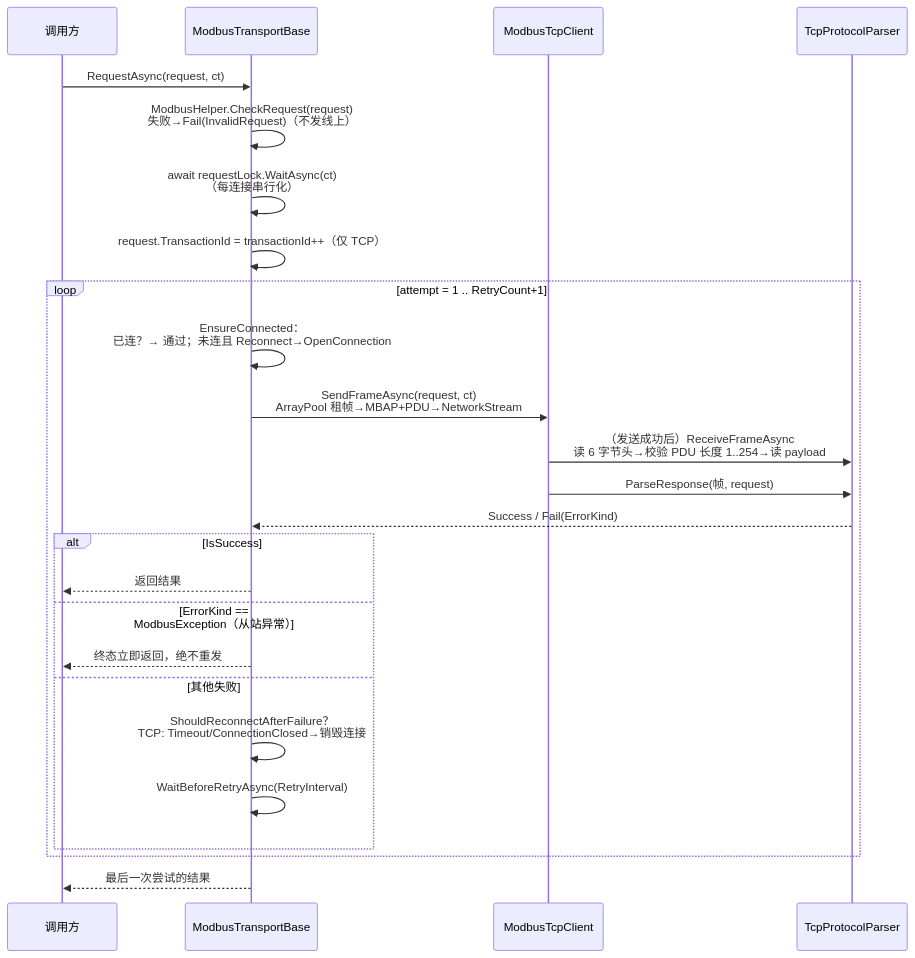
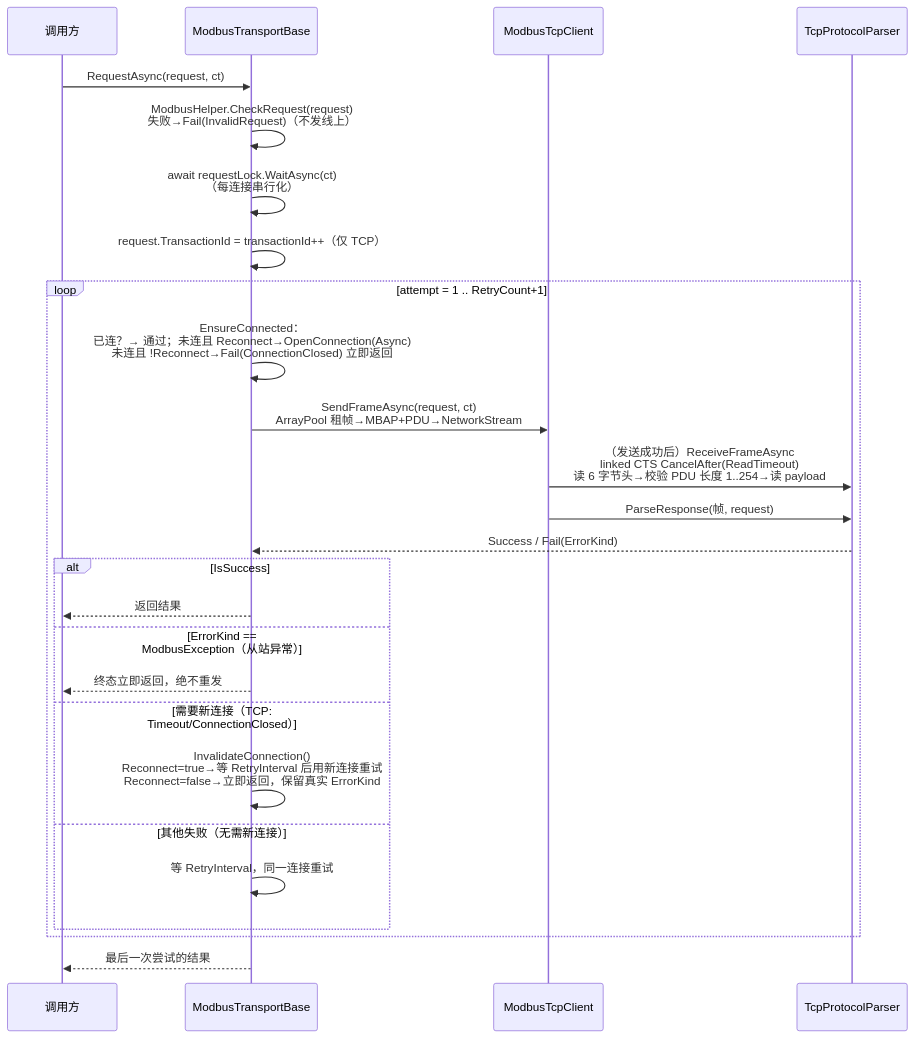
The diagram in Junevy.Communication.Wiki/zh/content/架构设计/请求生命周期.md (Junevy/Junevy.Communication), drawn with Mermaid before and after one commit. The commit also changed other lines of this file and 17 other files, not shown here.

````diff
--- a/Junevy.Communication.Wiki/zh/content/架构设计/请求生命周期.md
+++ b/Junevy.Communication.Wiki/zh/content/架构设计/请求生命周期.md
@@ -21,28 +21,29 @@
 ```mermaid
 sequenceDiagram
     participant C as 调用方
     participant B as ModbusTransportBase
     participant T as ModbusTcpClient
     participant P as TcpProtocolParser
 
     C->>B: RequestAsync(request, ct)
     B->>B: ModbusHelper.CheckRequest(request)<br/>失败→Fail(InvalidRequest)（不发线上）
     B->>B: await requestLock.WaitAsync(ct)<br/>（每连接串行化）
     B->>B: request.TransactionId = transactionId++（仅 TCP）
     loop attempt = 1 .. RetryCount+1
-        B->>B: EnsureConnected：<br/>已连？→ 通过；未连且 Reconnect→OpenConnection
+        B->>B: EnsureConnected：<br/>已连？→ 通过；未连且 Reconnect→OpenConnection(Async)<br/>未连且 !Reconnect→Fail(ConnectionClosed) 立即返回
         B->>T: SendFrameAsync(request, ct)<br/>ArrayPool 租帧→MBAP+PDU→NetworkStream
-        T->>P: （发送成功后）ReceiveFrameAsync<br/>读 6 字节头→校验 PDU 长度 1..254→读 payload
+        T->>P: （发送成功后）ReceiveFrameAsync<br/>linked CTS CancelAfter(ReadTimeout)<br/>读 6 字节头→校验 PDU 长度 1..254→读 payload
         T->>P: ParseResponse(帧, request)
         P-->>B: Success / Fail(ErrorKind)
         alt IsSuccess
             B-->>C: 返回结果
         else ErrorKind == ModbusException（从站异常）
             B-->>C: 终态立即返回，绝不重发
-        else 其他失败
-            B->>B: ShouldReconnectAfterFailure？<br/>TCP: Timeout/ConnectionClosed→销毁连接
-            B->>B: WaitBeforeRetryAsync(RetryInterval)
+        else 需要新连接（TCP: Timeout/ConnectionClosed）
+            B->>B: InvalidateConnection()<br/>Reconnect=true→等 RetryInterval 后用新连接重试<br/>Reconnect=false→立即返回，保留真实 ErrorKind
+        else 其他失败（无需新连接）
+            B->>B: 等 RetryInterval，同一连接重试
         end
     end
     B-->>C: 最后一次尝试的结果
 ```
````
